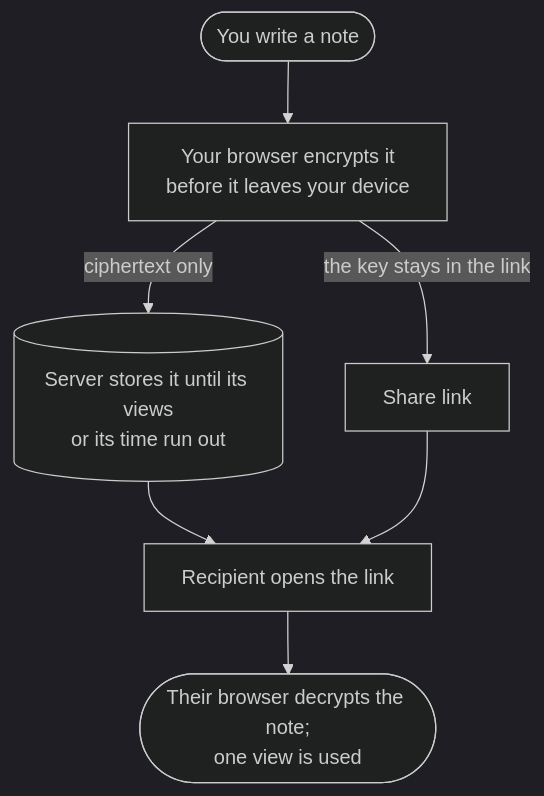
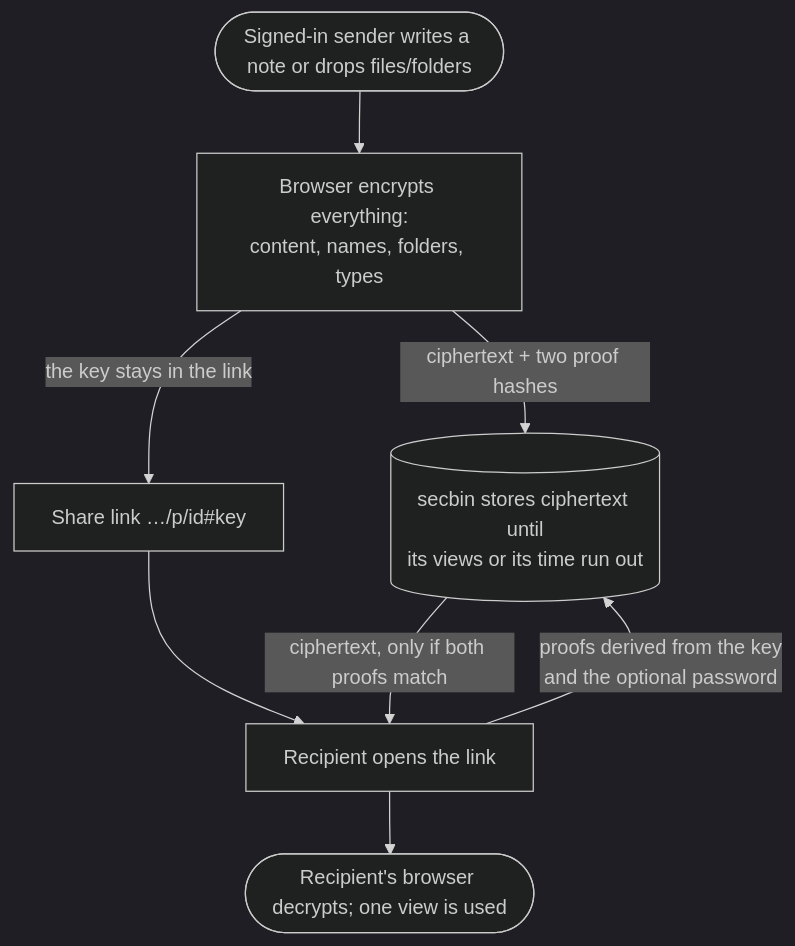
Before and after one commit to kaerez/bin: the diagram in README.md, drawn with Mermaid (dark theme). The commit also changed other lines of this file and 15 other files, not shown here.

First line of the commit message:
Docs: secbin v2 README, SPEC, SECURITY, ARCHITECTURE, changelog, templates

````diff
--- a/README.md
+++ b/README.md
@@ -32,9 +31,10 @@
 ```mermaid
 flowchart TD
-    A([You write a note]) --> B[Your browser encrypts it<br/>before it leaves your device]
-    B -->|ciphertext only| C[(Server stores it until its views<br/>or its time run out)]
-    B -->|the key stays in the link| D[Share link]
-    C --> E[Recipient opens the link]
-    D --> E
-    E --> F([Their browser decrypts the note;<br/>one view is used])
+    A([Signed-in sender writes a note or drops files/folders]) --> B[Browser encrypts everything:<br/>content, names, folders, types]
+    B -->|ciphertext + two proof hashes| C[(secbin stores ciphertext until<br/>its views or its time run out)]
+    B -->|the key stays in the link| D[Share link …/p/id#key]
+    D --> E[Recipient opens the link]
+    E -->|proofs derived from the key<br/>and the optional password| C
+    C -->|ciphertext, only if both proofs match| E
+    E --> F([Recipient's browser decrypts; one view is used])
 ```
````
